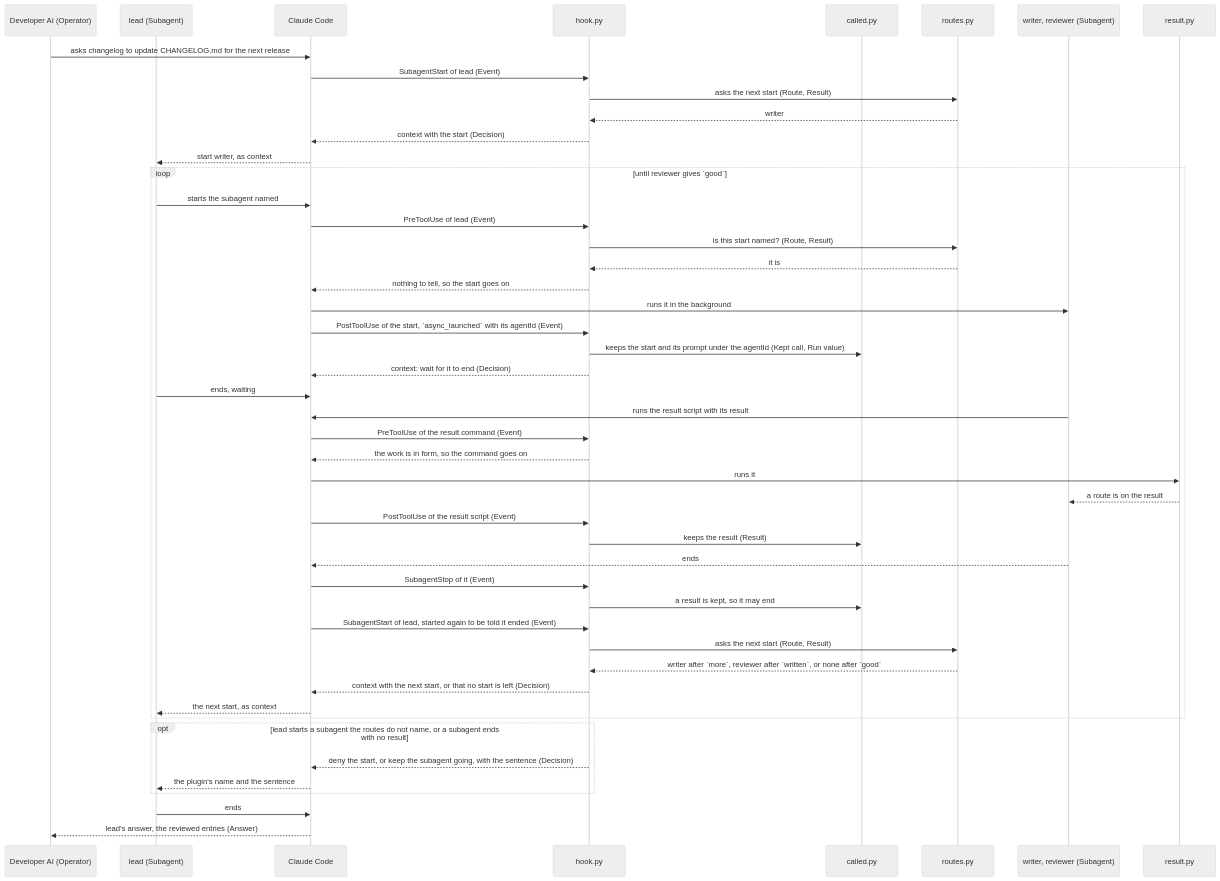
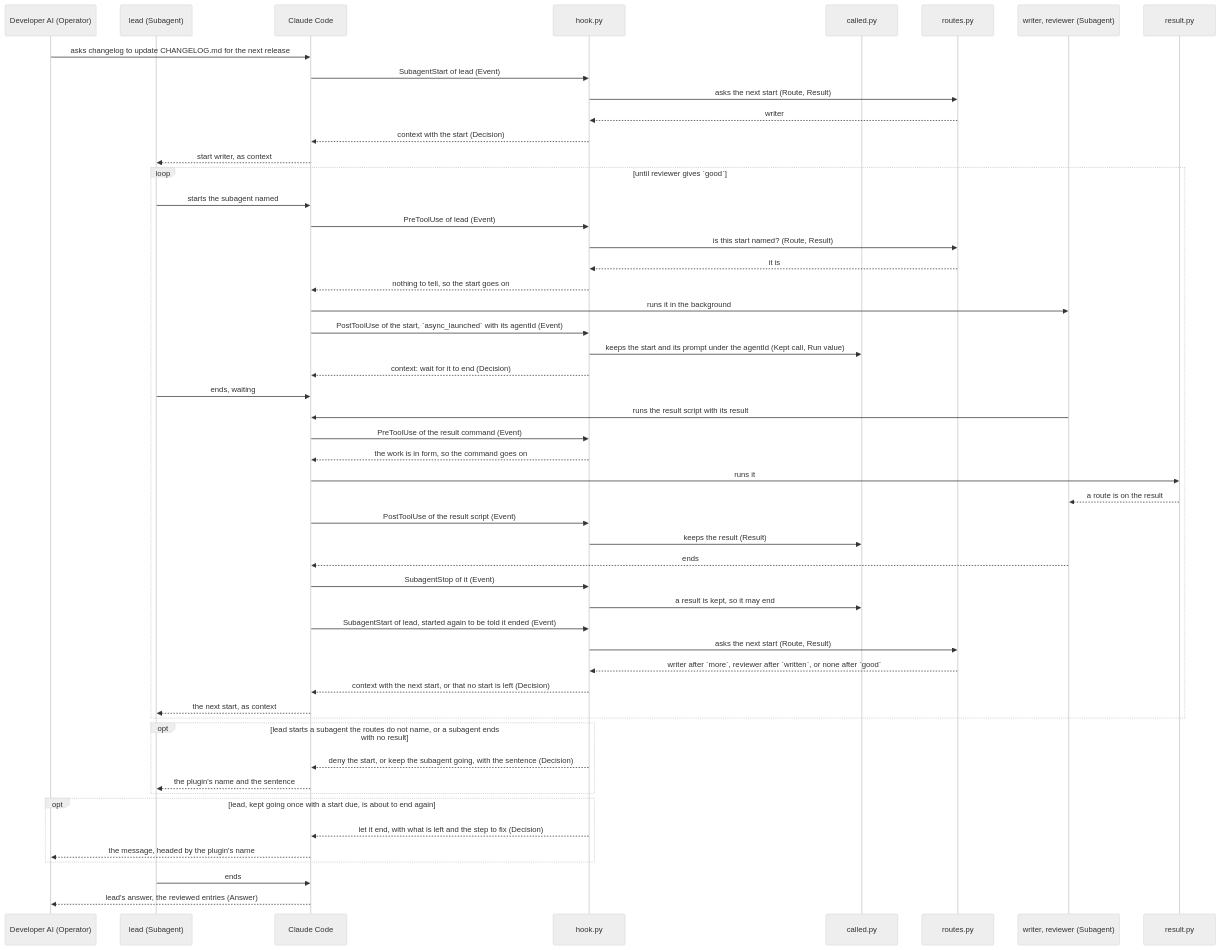
One commit to lovaizu/ccpm changed the fourth of 5 diagrams in dev/lane/architecture.md. Above: the diagram before and after it, drawn with Mermaid (neutral theme). The commit also changed other lines of this file and 27 other files, not shown here.

````diff
--- a/dev/lane/architecture.md
+++ b/dev/lane/architecture.md
@@ -246,50 +254,54 @@
 ```mermaid
 sequenceDiagram
   participant OP as Developer AI (Operator)
   participant O as lead (Subagent)
   participant CC as Claude Code
   participant H as hook.py
   participant C as called.py
   participant RT as routes.py
   participant S as writer, reviewer (Subagent)
   participant RS as result.py
   OP->>CC: asks changelog to update CHANGELOG.md for the next release
   CC->>H: SubagentStart of lead (Event)
   H->>RT: asks the next start (Route, Result)
   RT-->>H: writer
   H-->>CC: context with the start (Decision)
   CC-->>O: start writer, as context
   loop until reviewer gives `good`
     O->>CC: starts the subagent named
     CC->>H: PreToolUse of lead (Event)
     H->>RT: is this start named? (Route, Result)
     RT-->>H: it is
     H-->>CC: nothing to tell, so the start goes on
     CC->>S: runs it in the background
     CC->>H: PostToolUse of the start, `async_launched` with its agentId (Event)
     H->>C: keeps the start and its prompt under the agentId (Kept call, Run value)
     H-->>CC: context: wait for it to end (Decision)
     O->>CC: ends, waiting
     S->>CC: runs the result script with its result
     CC->>H: PreToolUse of the result command (Event)
     H-->>CC: the work is in form, so the command goes on
     CC->>RS: runs it
     RS-->>S: a route is on the result
     CC->>H: PostToolUse of the result script (Event)
     H->>C: keeps the result (Result)
     S-->>CC: ends
     CC->>H: SubagentStop of it (Event)
     H->>C: a result is kept, so it may end
     CC->>H: SubagentStart of lead, started again to be told it ended (Event)
     H->>RT: asks the next start (Route, Result)
     RT-->>H: writer after `more`, reviewer after `written`, or none after `good`
     H-->>CC: context with the next start, or that no start is left (Decision)
     CC-->>O: the next start, as context
   end
   opt lead starts a subagent the routes do not name, or a subagent ends with no result
     H-->>CC: deny the start, or keep the subagent going, with the sentence (Decision)
     CC-->>O: the plugin's name and the sentence
   end
+  opt lead, kept going once with a start due, is about to end again
+    H-->>CC: let it end, with what is left and the step to fix (Decision)
+    CC-->>OP: the message, headed by the plugin's name
+  end
   O->>CC: ends
   CC-->>OP: lead's answer, the reviewed entries (Answer)
 ```
````
